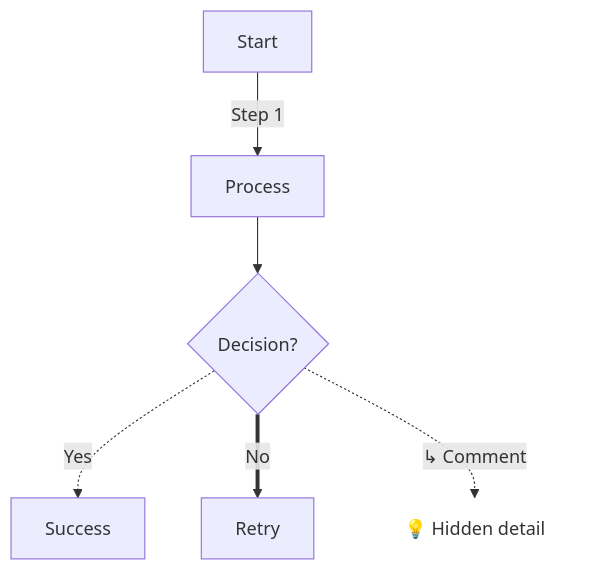
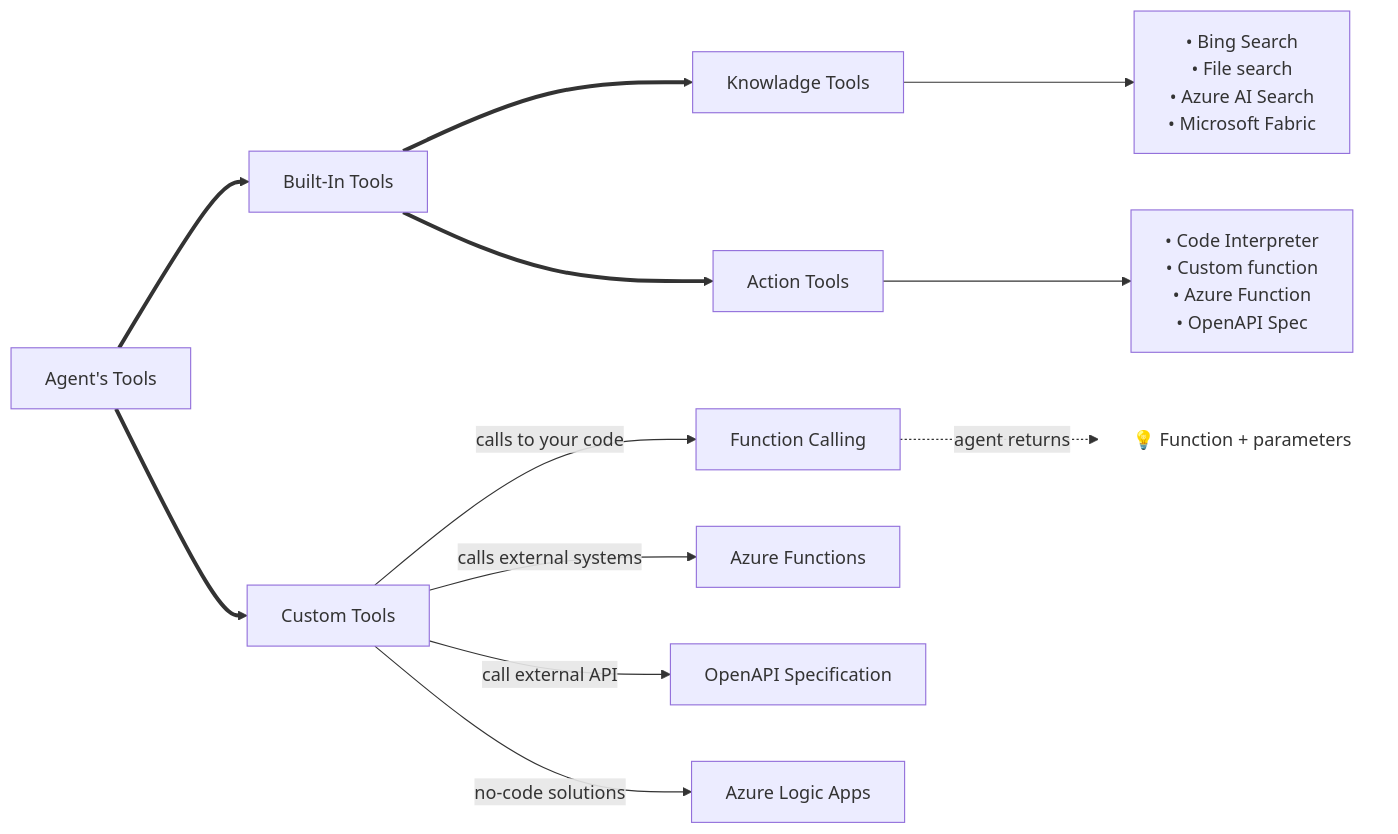
The second of 2 diagrams in ai_agent_dic.md (dasung/AI-102), drawn with Mermaid before and after one commit. The commit also changed other lines of this file and 5 other files, not shown here.

````diff
--- a/ai_agent_dic.md
+++ b/ai_agent_dic.md
@@ -106,11 +87,29 @@
 ```mermaid
-flowchart TD
-    A[Start] -->|Step 1| B[Process]
-    B --> C{Decision?}
-    C -.->|Yes| D[Success]
-    C ==>|No| E[Retry]
+flowchart LR
+    A[Agent's Tools] 
+    X[Built-In Tools]
+    Y[Knowladge Tools]
+    Y1["• Bing Search<br>• File search<br>• Azure AI Search <br>• Microsoft Fabric"]
+    Z[Action Tools]
+    Z1["• Code Interpreter<br>• Custom function<br>• Azure Function<br>• OpenAPI Spec"]
+    B["Custom Tools"]
+    C[Function Calling]
+    D[Azure Functions]
+    E[OpenAPI Specification]
+    F[OpenAPI Specification]
+    G[Azure Logic Apps]
 
-   %% "Comment box" as an invisible node
-   C -.->|↳ Comment| F["💡 Hidden detail"]
-    style F stroke-width:0,fill:none
+   %% Built-In Tools
+    A ==> X ==> Y --> Y1
+    X ==> Z --> Z1
+
+    %% Custom Tools
+    A ==> B 
+    B --> |calls to your code|C -.-> |agent returns|E["💡 Function + parameters"]:::my
+    B --> |calls external systems|D
+    B --> |call external API|F
+    B --> |no-code solutions|G
+
+   %% invisible node
+    classDef my stroke-width:0,fill:none
 ```
````
